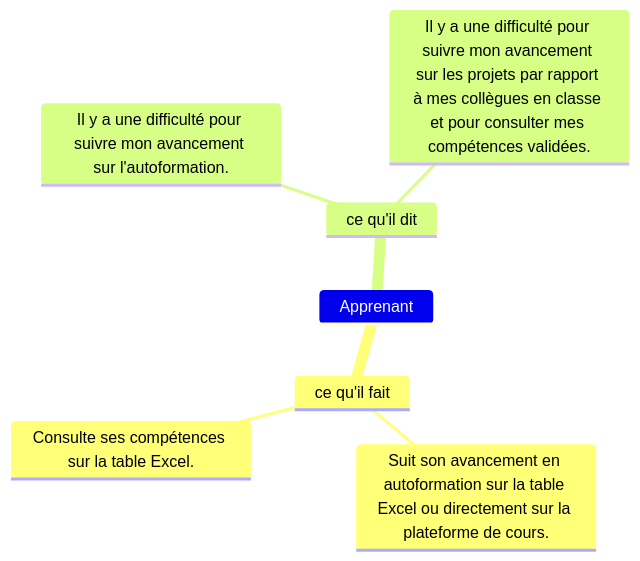
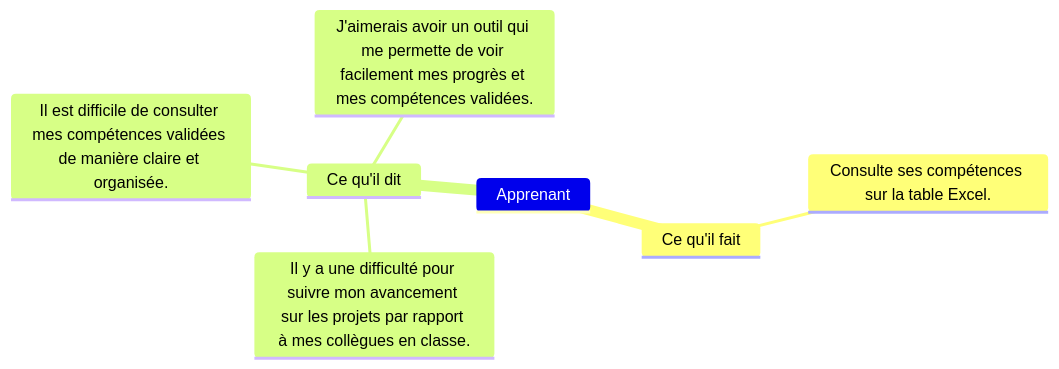
Before and after one commit to solicoders/soli-lms: the diagram in modélisation/pkg_suivi/empathie-apprenant_pkg_suivi.mmd, drawn with Mermaid. The commit also changed 5 other files, not shown here.

```diff
--- a/modélisation/pkg_suivi/empathie-apprenant_pkg_suivi.mmd
+++ b/modélisation/pkg_suivi/empathie-apprenant_pkg_suivi.mmd
@@ -1,11 +1,11 @@
 %% @config(../mindmap-config.json)
 mindmap
 Apprenant
 
-       ce qu'il fait
-        Suit son avancement en autoformation sur la table Excel ou directement sur la plateforme de cours.
+      Ce qu'il fait
         Consulte ses compétences sur la table Excel.
 
-      ce qu'il dit
-        Il y a une difficulté pour suivre mon avancement sur l'autoformation.
-        Il y a une difficulté pour suivre mon avancement sur les projets par rapport à mes collègues en classe et pour consulter mes compétences validées.
+      Ce qu'il dit
+        Il y a une difficulté pour suivre mon avancement sur les projets par rapport à mes collègues en classe.
+        Il est difficile de consulter mes compétences validées de manière claire et organisée.
+        J'aimerais avoir un outil qui me permette de voir facilement mes progrès et mes compétences validées.
```
